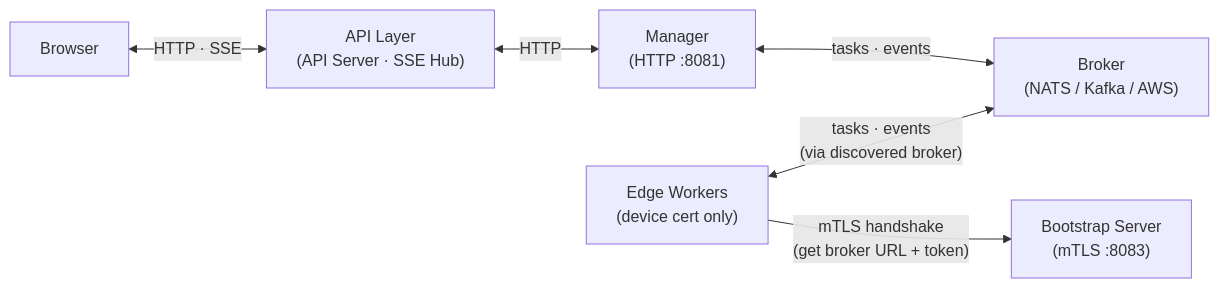
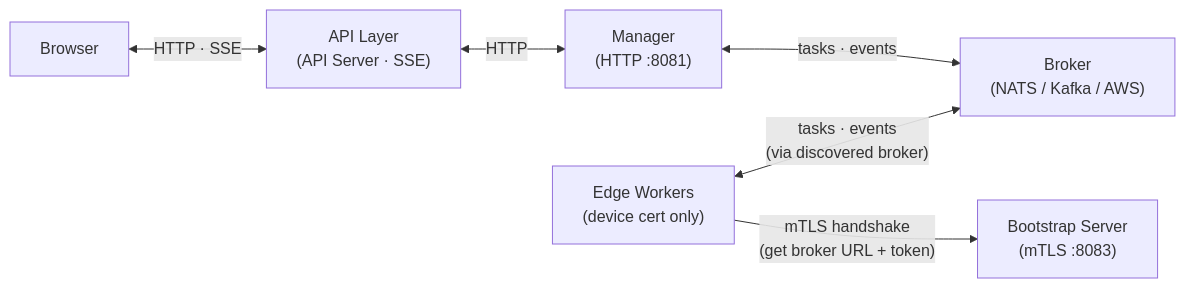
One commit to deyarchit/work-distribution-patterns changed the ninth of 9 diagrams in README.md. Above: the diagram before and after it, drawn with Mermaid. The commit also changed other lines of this file and 20 other files, not shown here.

First line of the commit message:
Refactor SSE layer to stream updates scoped by user ID

````diff
--- a/README.md
+++ b/README.md
@@ -182,15 +186,15 @@
 ```mermaid
 graph LR
     Browser["Browser"]
-    API["API Layer<br/>(API Server · SSE Hub)"]
+    API["API Layer<br/>(API Server · SSE)"]
     Manager["Manager<br/>(HTTP :8081)"]
     Bootstrap["Bootstrap Server<br/>(mTLS :8083)"]
     Broker["Broker<br/>(NATS / Kafka / AWS)"]
     Workers["Edge Workers<br/>(device cert only)"]
 
     Browser <-->|"HTTP · SSE"| API
     API <-->|"HTTP"| Manager
     Manager <-->|"tasks · events"| Broker
     Workers -->|"mTLS handshake<br/>(get broker URL + token)"| Bootstrap
     Workers <-->|"tasks · events<br/>(via discovered broker)"| Broker
 ```
````
